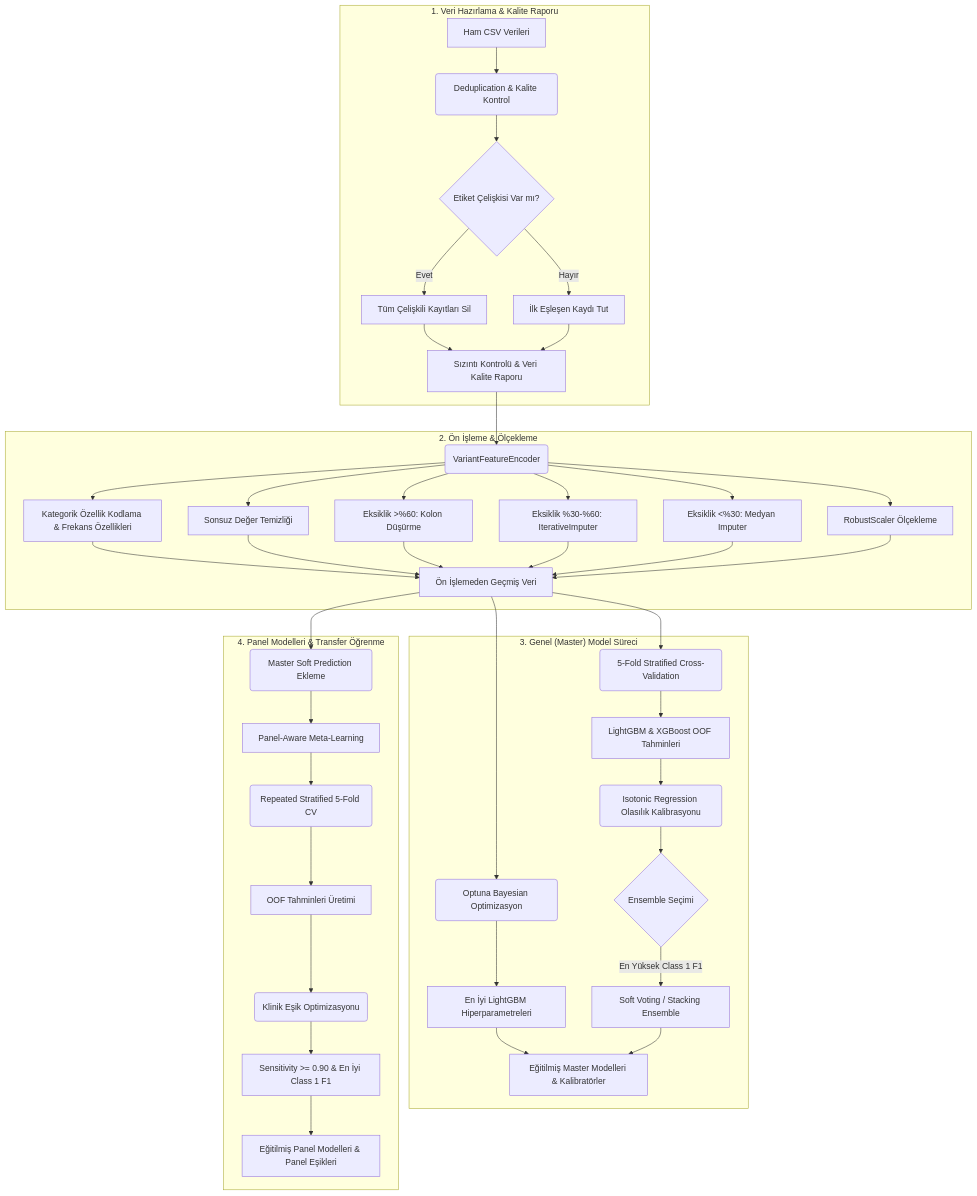
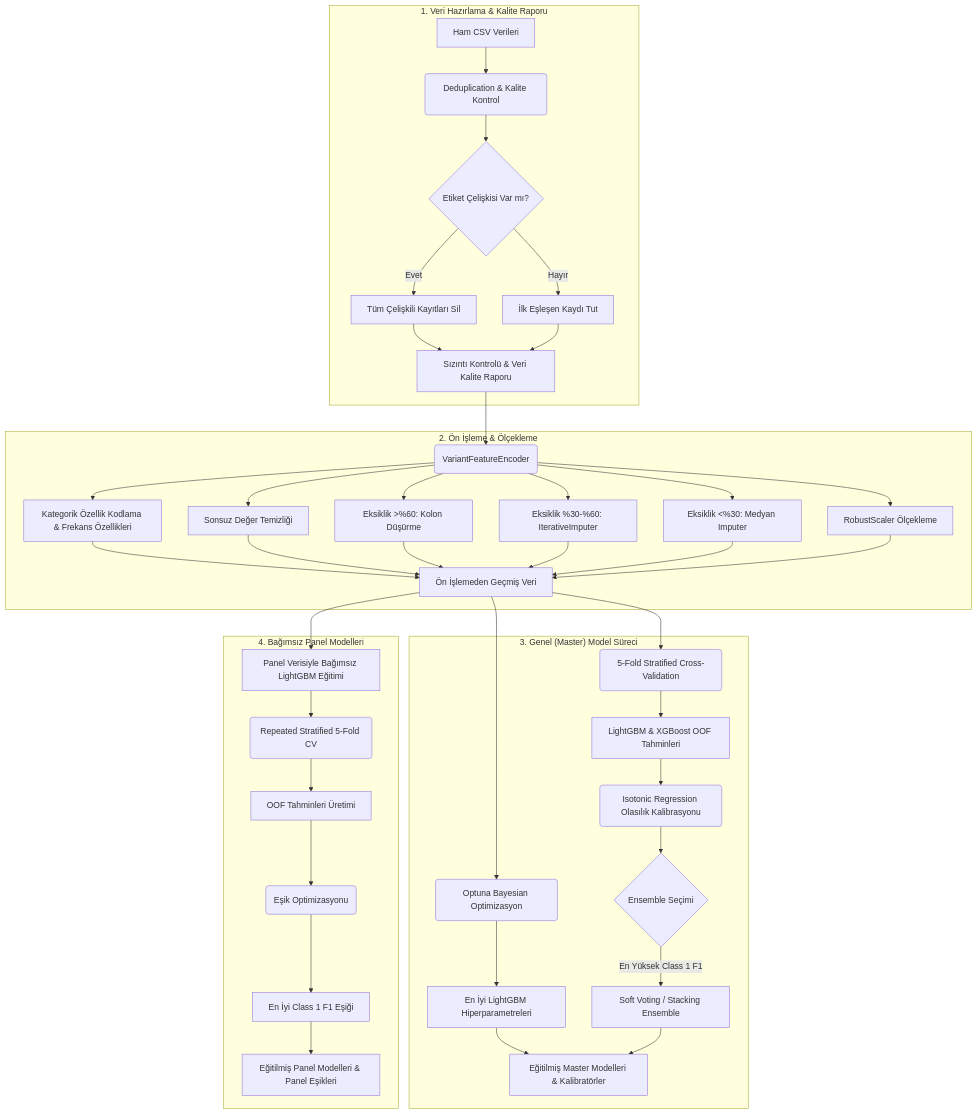
Before and after one commit to suleyman-kara/pathGuard: the diagram in README.md, drawn with Mermaid. The commit also changed other lines of this file and 7 other files, not shown here.

First line of the commit message:
feat: decouple panel models from master and drop recall constraint

````diff
--- a/README.md
+++ b/README.md
@@ -95,43 +103,42 @@
 ```mermaid
 flowchart TD
     subgraph Data_Prep ["1. Veri Hazırlama & Kalite Raporu"]
         A[Ham CSV Verileri] --> B(Deduplication & Kalite Kontrol)
         B --> C{Etiket Çelişkisi Var mı?}
         C -- Evet --> D[Tüm Çelişkili Kayıtları Sil]
         C -- Hayır --> E[İlk Eşleşen Kaydı Tut]
         D --> F[Sızıntı Kontrolü & Veri Kalite Raporu]
         E --> F
     end
 
     subgraph Preprocessing ["2. Ön İşleme & Ölçekleme"]
         F --> G(VariantFeatureEncoder)
         G --> H[Kategorik Özellik Kodlama & Frekans Özellikleri]
         G --> I[Sonsuz Değer Temizliği]
         G --> J[Eksiklik >%60: Kolon Düşürme]
         G --> K[Eksiklik %30-%60: IterativeImputer]
         G --> L[Eksiklik <%30: Medyan Imputer]
         G --> M[RobustScaler Ölçekleme]
         H & I & J & K & L & M --> N[Ön İşlemeden Geçmiş Veri]
     end
 
     subgraph Master_Pipeline ["3. Genel (Master) Model Süreci"]
         N --> O(Optuna Bayesian Optimizasyon)
         O --> P[En İyi LightGBM Hiperparametreleri]
         N --> Q(5-Fold Stratified Cross-Validation)
         Q --> R[LightGBM & XGBoost OOF Tahminleri]
         R --> S(Isotonic Regression Olasılık Kalibrasyonu)
         S --> T{Ensemble Seçimi}
         T -- En Yüksek Class 1 F1 --> U[Soft Voting / Stacking Ensemble]
         P & U --> V[Eğitilmiş Master Modelleri & Kalibratörler]
     end
 
-    subgraph Panel_Pipeline ["4. Panel Modelleri & Transfer Öğrenme"]
-        N --> W(Master Soft Prediction Ekleme)
-        W --> X[Panel-Aware Meta-Learning]
+    subgraph Panel_Pipeline ["4. Bağımsız Panel Modelleri"]
+        N --> X[Panel Verisiyle Bağımsız LightGBM Eğitimi]
         X --> Y(Repeated Stratified 5-Fold CV)
         Y --> Z[OOF Tahminleri Üretimi]
-        Z --> AA(Klinik Eşik Optimizasyonu)
-        AA --> BB[Sensitivity >= 0.90 & En İyi Class 1 F1]
+        Z --> AA(Eşik Optimizasyonu)
+        AA --> BB[En İyi Class 1 F1 Eşiği]
         BB --> CC[Eğitilmiş Panel Modelleri & Panel Eşikleri]
     end
 ```
````
